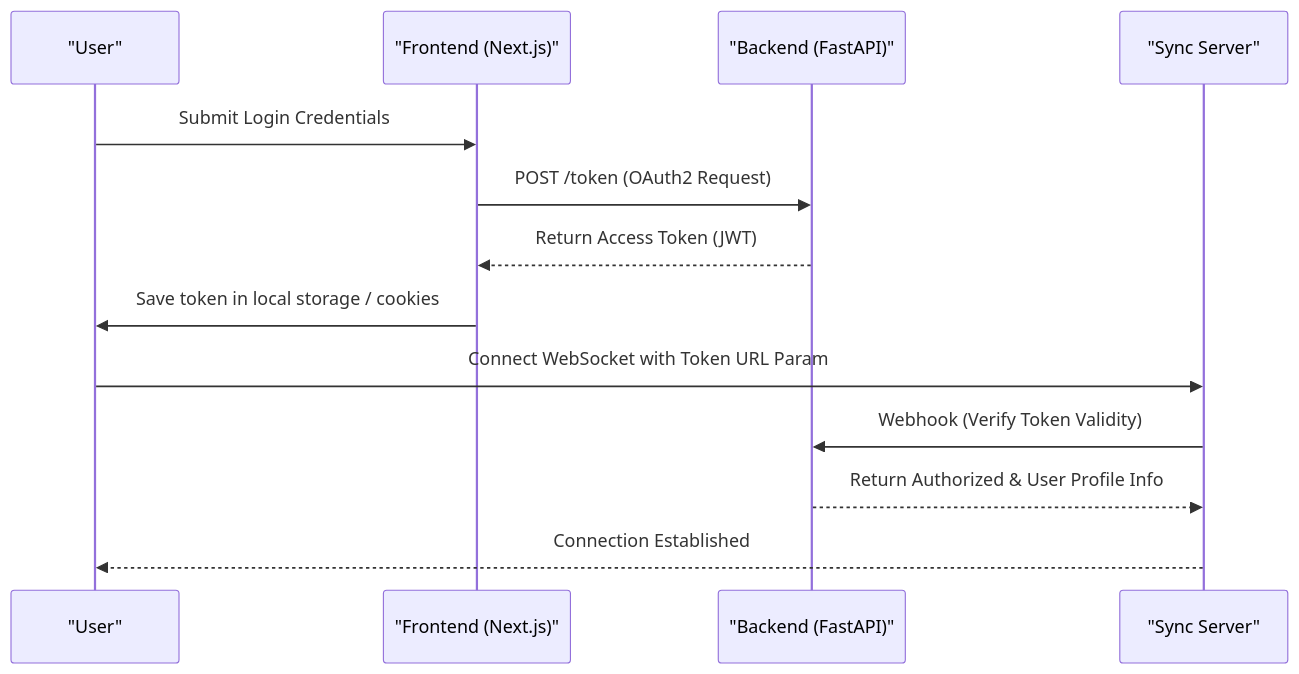
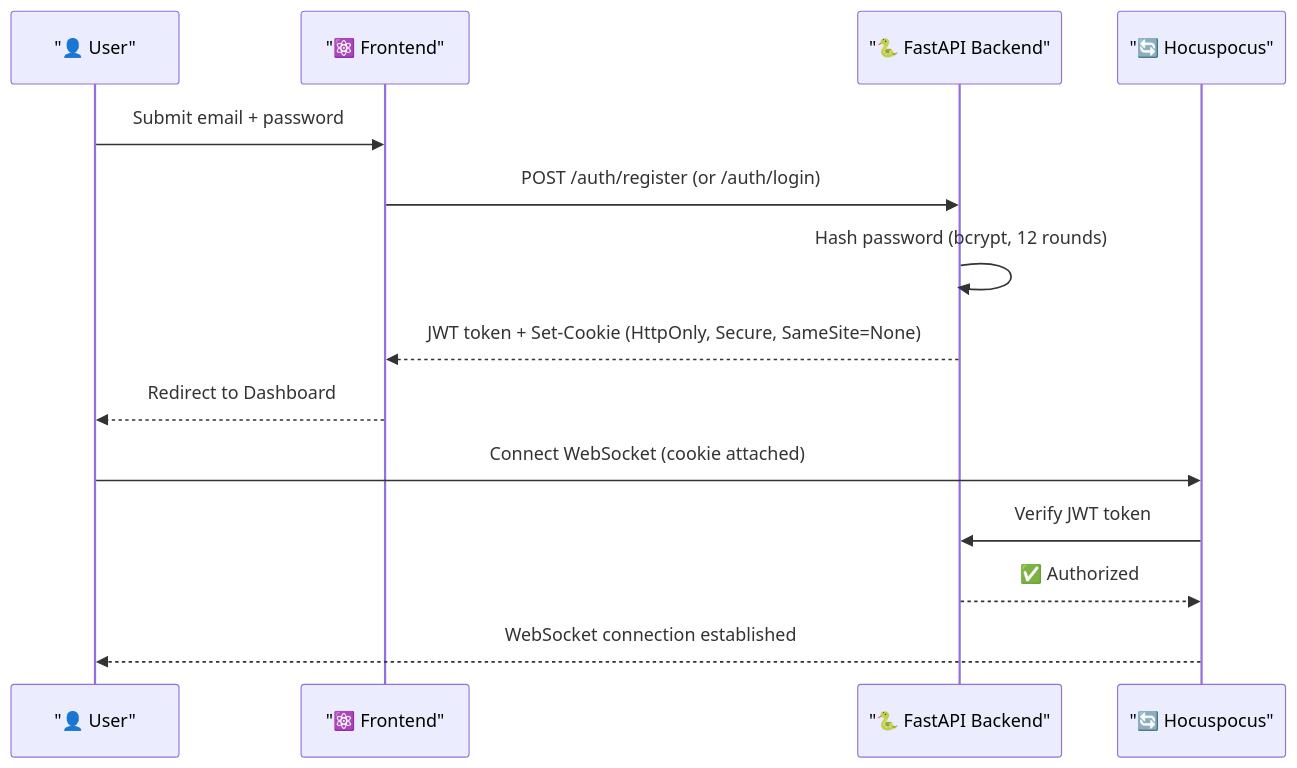
The third of 4 diagrams in README.md (Panchadip-128/Syncpad-Distributed-State-Synchronization-Engine), drawn with Mermaid before and after one commit. The commit also changed other lines of this file, not shown here.

Commit message:
docs: comprehensive README with architecture diagrams, feature matrix, tech stack, deployment guides, and AI benchmarks

````diff
--- a/README.md
+++ b/README.md
@@ -94,17 +229,18 @@
 ```mermaid
 sequenceDiagram
-    participant User as "User"
-    participant NextJS as "Frontend (Next.js)"
-    participant API as "Backend (FastAPI)"
-    participant Sync as "Sync Server"
+    participant User as "👤 User"
+    participant Next as "⚛️ Frontend"
+    participant API as "🐍 FastAPI Backend"
+    participant Sync as "🔄 Hocuspocus"
     
-    User->>NextJS: Submit Login Credentials
-    NextJS->>API: POST /token (OAuth2 Request)
-    API-->>NextJS: Return Access Token (JWT)
-    NextJS->>User: Save token in local storage / cookies
+    User->>Next: Submit email + password
+    Next->>API: POST /auth/register (or /auth/login)
+    API->>API: Hash password (bcrypt, 12 rounds)
+    API-->>Next: JWT token + Set-Cookie (HttpOnly, Secure, SameSite=None)
+    Next-->>User: Redirect to Dashboard
     
-    User->>Sync: Connect WebSocket with Token URL Param
-    Sync->>API: Webhook (Verify Token Validity)
-    API-->>Sync: Return Authorized & User Profile Info
-    Sync-->>User: Connection Established
+    User->>Sync: Connect WebSocket (cookie attached)
+    Sync->>API: Verify JWT token
+    API-->>Sync: ✅ Authorized
+    Sync-->>User: WebSocket connection established
 ```
````
